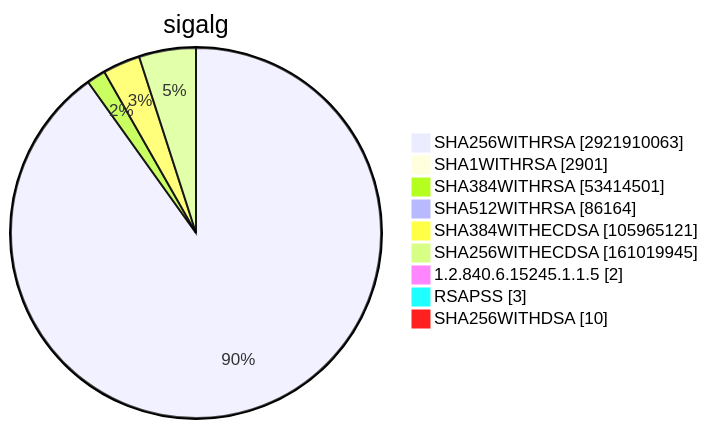
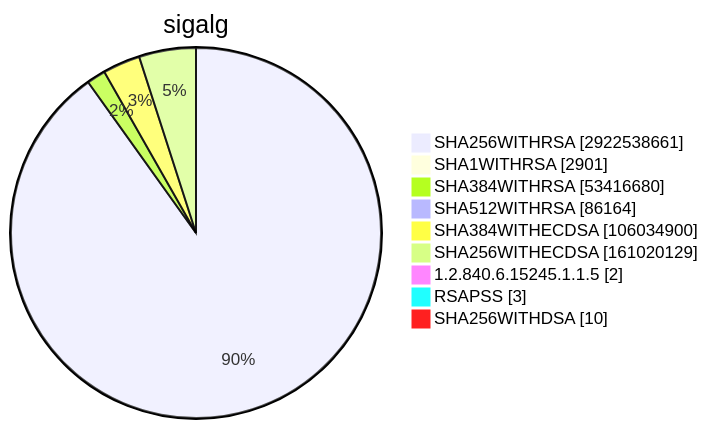
One commit to christiankrug/ctmonitor_visualization changed diagram 15 of 15 in TOTAL/README.md. Above: the diagram before and after it, drawn with Mermaid. The commit also changed other lines of this file, not shown here.

````diff
--- a/TOTAL/README.md
+++ b/TOTAL/README.md
@@ -6207,13 +6207,13 @@
 ```mermaid
 pie showData
 title sigalg
-"SHA256WITHRSA" :2921910063
+"SHA256WITHRSA" :2922538661
 "SHA1WITHRSA" :2901
-"SHA384WITHRSA" :53414501
+"SHA384WITHRSA" :53416680
 "SHA512WITHRSA" :86164
-"SHA384WITHECDSA" :105965121
-"SHA256WITHECDSA" :161019945
+"SHA384WITHECDSA" :106034900
+"SHA256WITHECDSA" :161020129
 "1.2.840.6.15245.1.1.5" :2
 "RSAPSS" :3
 "SHA256WITHDSA" :10
 ```
````
